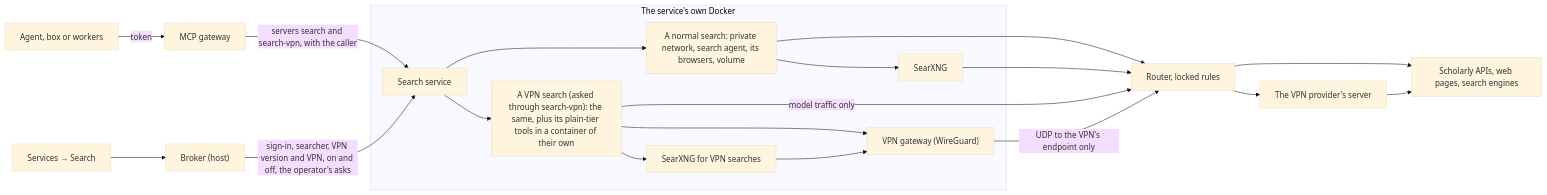
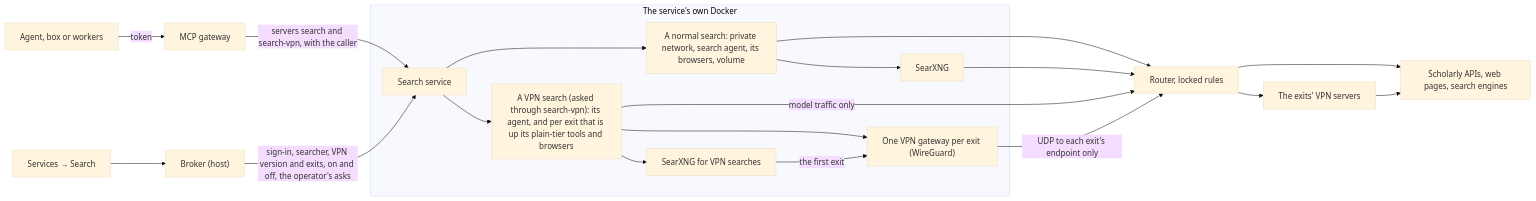
One commit to joaopn/research-sandbox changed the diagram in docs/architecture/Search.md. Above: the diagram before and after it, drawn with Mermaid (base theme). The commit also changed other lines of this file and 5 other files, not shown here.

First line of the commit message:
feat(webui): the VPN section lists exits to add, replace, reorder and remove, with an exits-per-site setting

````diff
--- a/docs/architecture/Search.md
+++ b/docs/architecture/Search.md
@@ -22,22 +22,22 @@
 ```mermaid
 flowchart LR
   agent["Agent, box or workers"] -->|"token"| gateway["MCP gateway"]
   gateway -->|"servers search and search-vpn, with the caller"| service["Search service"]
   page["Services → Search"] --> broker["Broker (host)"]
-  broker -->|"sign-in, searcher, VPN version and VPN, on and off, the operator's asks"| service
+  broker -->|"sign-in, searcher, VPN version and exits, on and off, the operator's asks"| service
   subgraph inner["The service's own Docker"]
     service --> search1["A normal search: private network, search agent, its browsers, volume"]
     search1 --> searxng["SearXNG"]
-    service --> search2["A VPN search (asked through search-vpn): the same, plus its plain-tier tools in a container of their own"]
+    service --> search2["A VPN search (asked through search-vpn): its agent, and per exit that is up its plain-tier tools and browsers"]
     search2 --> searxng2["SearXNG for VPN searches"]
-    search2 --> wg["VPN gateway (WireGuard)"]
-    searxng2 --> wg
+    search2 --> wg["One VPN gateway per exit (WireGuard)"]
+    searxng2 -->|"the first exit"| wg
   end
   search1 --> router["Router, locked rules"]
   searxng --> router
   search2 -->|"model traffic only"| router
-  wg -->|"UDP to the VPN's endpoint only"| router
+  wg -->|"UDP to each exit's endpoint only"| router
   router --> web["Scholarly APIs, web pages, search engines"]
-  router --> vpnserver["The VPN provider's server"]
+  router --> vpnserver["The exits' VPN servers"]
   vpnserver --> web
 ```
````
